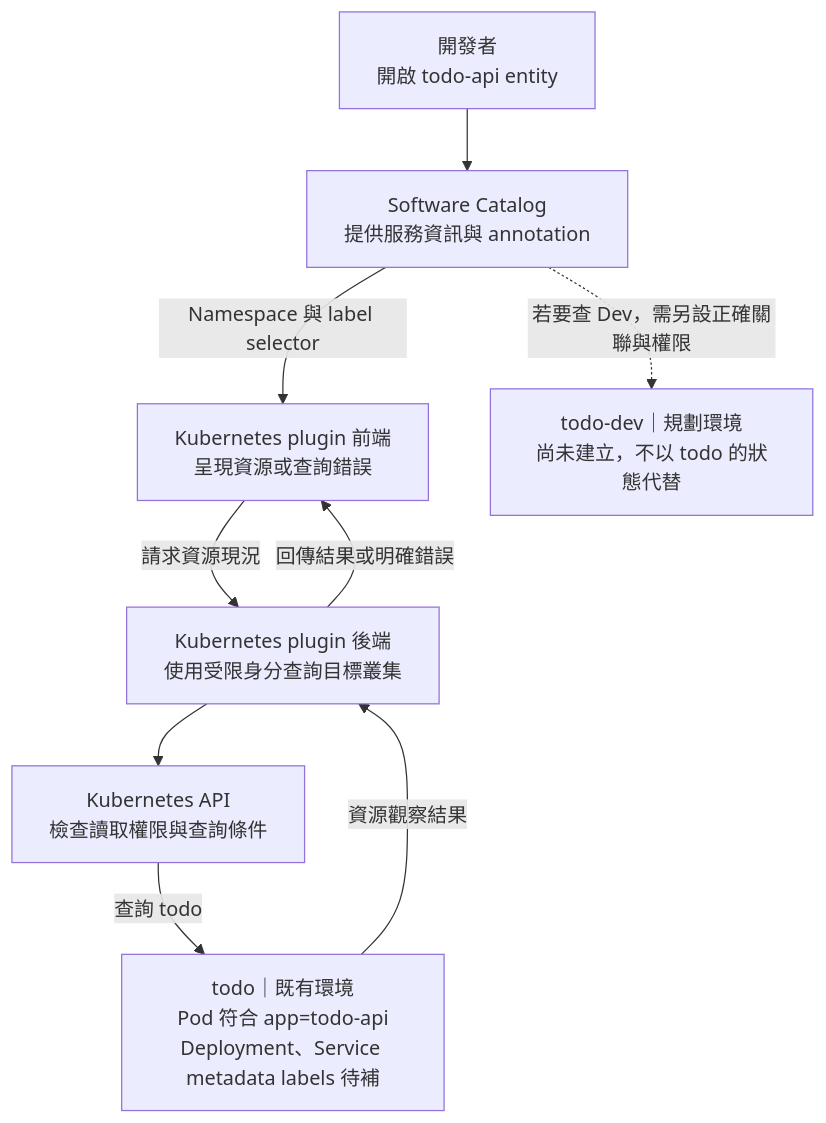
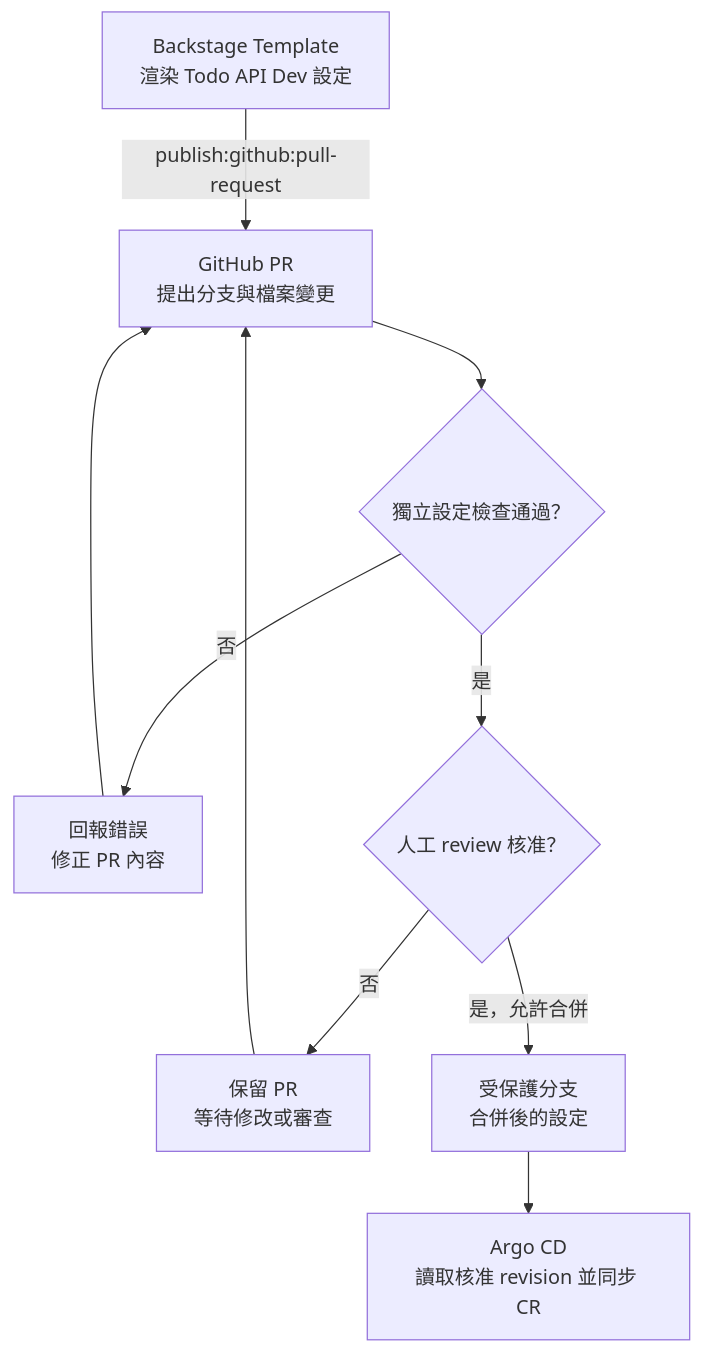
Before and after one commit to yrw9281/IT30.Platform.Engineering: the diagram in doc/zh-tw/D24.md, drawn with Mermaid. The commit also changed other lines of this file and 30 other files, not shown here.

````diff
--- a/doc/zh-tw/D24.md
+++ b/doc/zh-tw/D24.md
@@ -31,19 +43,21 @@
 ```mermaid
 flowchart TD
-    Developer["開發者<br/>開啟 todo-api entity"]
-    Catalog["Software Catalog<br/>提供服務資訊與 annotation"]
-    Frontend["Kubernetes plugin 前端<br/>呈現資源或查詢錯誤"]
-    Backend["Kubernetes plugin 後端<br/>使用受限身分查詢目標叢集"]
-    API["Kubernetes API<br/>檢查讀取權限與查詢條件"]
-    Current["todo｜既有環境<br/>Pod 符合 app=todo-api<br/>Deployment、Service metadata labels 待補"]
-    Dev["todo-dev｜規劃環境<br/>尚未建立，不以 todo 的狀態代替"]
+    Template["Backstage Template<br/>渲染 Todo API Dev 設定"]
+    PR["GitHub PR<br/>提出分支與檔案變更"]
+    Checks{"獨立設定檢查通過？"}
+    Fix["回報錯誤<br/>修正 PR 內容"]
+    Review{"人工 review 核准？"}
+    Pending["保留 PR<br/>等待修改或審查"]
+    Main["受保護分支<br/>合併後的設定"]
+    Argo["Argo CD<br/>讀取核准 revision 並同步 CR"]
 
-    Developer --> Catalog
-    Catalog -->|"Namespace 與 label selector"| Frontend
-    Frontend -->|"請求資源現況"| Backend
-    Backend --> API
-    API -->|"查詢 todo"| Current
-    Current -->|"資源觀察結果"| Backend
-    Backend -->|"回傳結果或明確錯誤"| Frontend
-    Catalog -.->|"若要查 Dev，需另設正確關聯與權限"| Dev
+    Template -->|"publish:github:pull-request"| PR
+    PR --> Checks
+    Checks -->|"否"| Fix
+    Fix --> PR
+    Checks -->|"是"| Review
+    Review -->|"否"| Pending
+    Pending --> PR
+    Review -->|"是，允許合併"| Main
+    Main --> Argo
 ```
````
